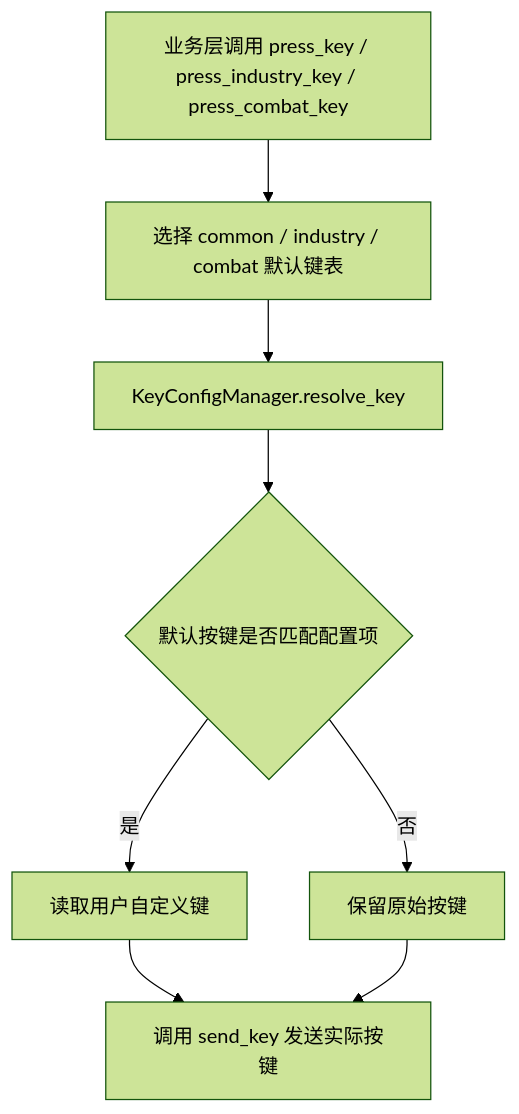
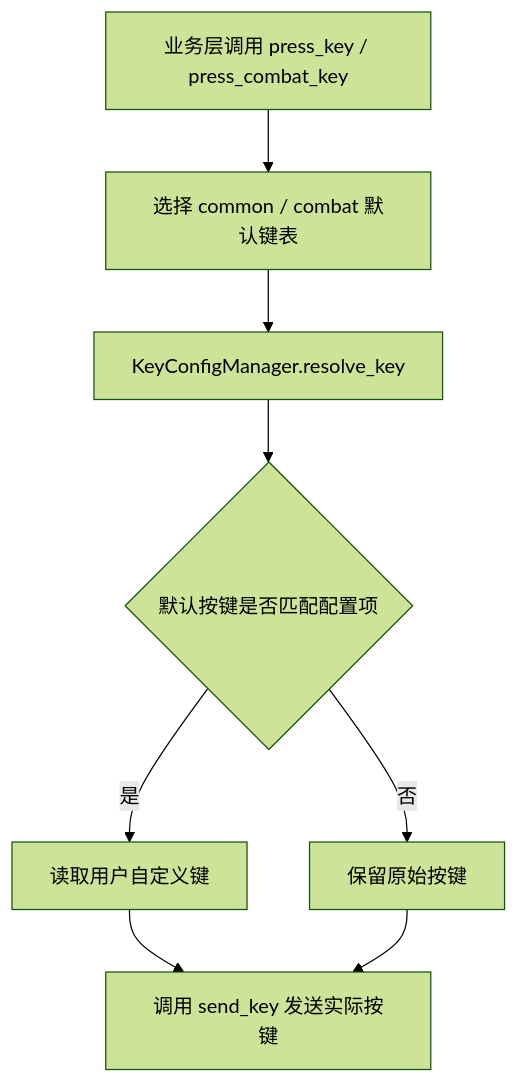
Before and after one commit to AliceJump/ok-end-field: the diagram in docs/dev/键盘操作体系.md, drawn with Mermaid (forest theme). The commit also changed other lines of this file and 9 other files, not shown here.

````diff
--- a/docs/dev/键盘操作体系.md
+++ b/docs/dev/键盘操作体系.md
@@ -77,10 +76,10 @@
 ```mermaid
 flowchart TD
-    A[业务层调用 press_key / press_industry_key / press_combat_key] --> B[选择 common / industry / combat 默认键表]
+    A[业务层调用 press_key / press_combat_key] --> B[选择 common / combat 默认键表]
     B --> C[KeyConfigManager.resolve_key]
     C --> D{默认按键是否匹配配置项}
     D -->|是| E[读取用户自定义键]
     D -->|否| F[保留原始按键]
     E --> G[调用 send_key 发送实际按键]
     F --> G
 ```
````
